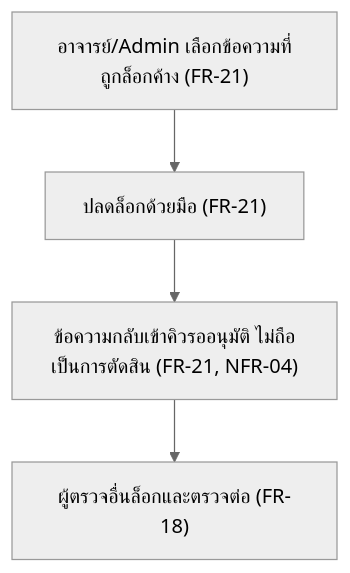
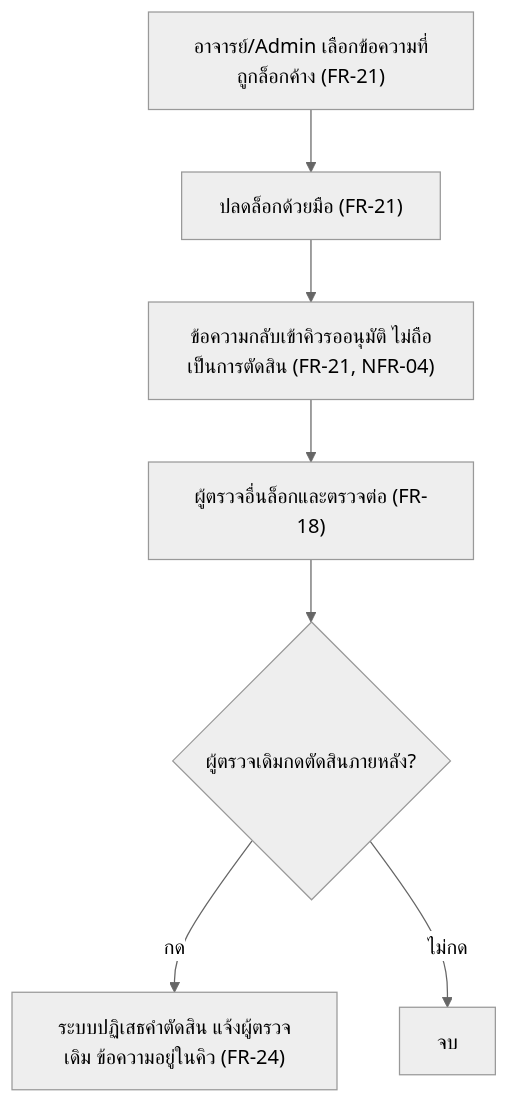
One commit to PAKOSORUS/Grade-Runway-PROJECT3 changed the sixth of 7 diagrams in docs/02-design/user-journey.md. Above: the diagram before and after it, drawn with Mermaid (neutral theme). The commit also changed other lines of this file and 10 other files, not shown here.

````diff
--- a/docs/02-design/user-journey.md
+++ b/docs/02-design/user-journey.md
@@ -158,6 +158,9 @@
 ```mermaid
 flowchart TD
     A["อาจารย์/Admin เลือกข้อความที่ถูกล็อกค้าง (FR-21)"] --> B["ปลดล็อกด้วยมือ (FR-21)"]
     B --> C["ข้อความกลับเข้าคิวรออนุมัติ ไม่ถือเป็นการตัดสิน (FR-21, NFR-04)"]
     C --> D["ผู้ตรวจอื่นล็อกและตรวจต่อ (FR-18)"]
+    D --> E{"ผู้ตรวจเดิมกดตัดสินภายหลัง?"}
+    E -->|กด| F["ระบบปฏิเสธคำตัดสิน แจ้งผู้ตรวจเดิม ข้อความอยู่ในคิว (FR-24)"]
+    E -->|ไม่กด| G["จบ"]
 ```
````
